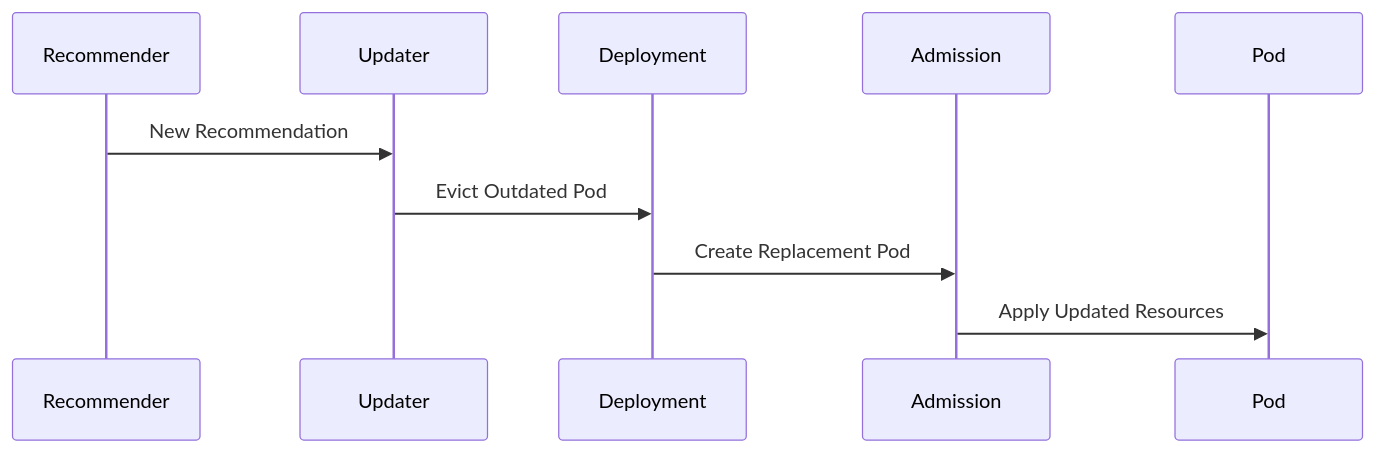
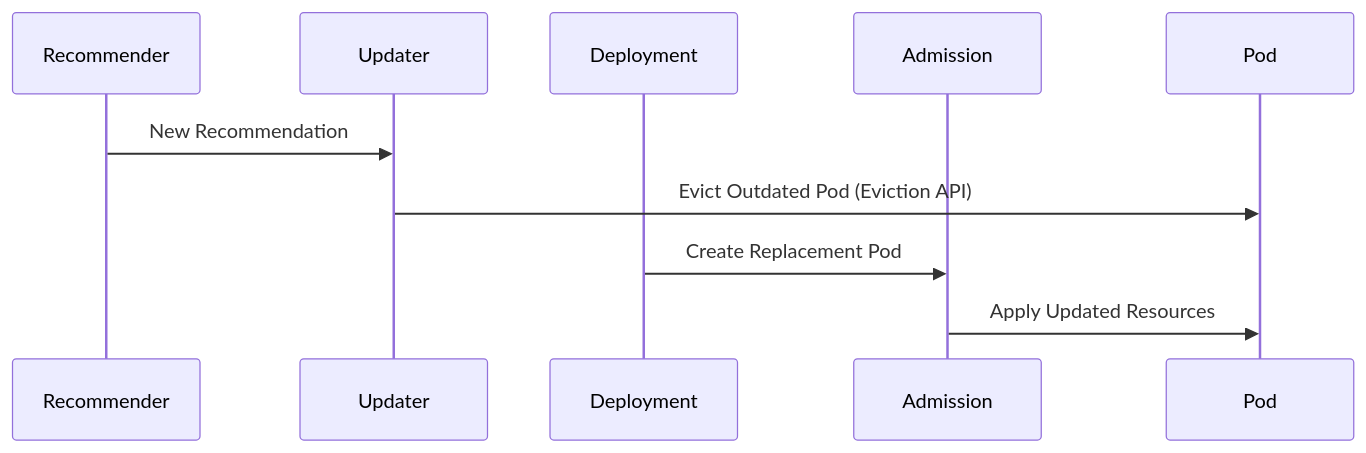
Before and after one commit to user-cube/k8s-autoscaling: the second of 2 diagrams in content/03 - Vertical Pod Autoscaler/04 - VPA Updater.md, drawn with Mermaid. The commit also changed other lines of this file and 18 other files, not shown here.

````diff
--- a/content/03 - Vertical Pod Autoscaler/04 - VPA Updater.md
+++ b/content/03 - Vertical Pod Autoscaler/04 - VPA Updater.md
@@ -81,14 +81,14 @@
 ```mermaid
 sequenceDiagram
 
 participant Recommender
 participant Updater
 participant Deployment
 participant Admission
 participant Pod
 
 Recommender->>Updater: New Recommendation
-Updater->>Deployment: Evict Outdated Pod
+Updater->>Pod: Evict Outdated Pod (Eviction API)
 Deployment->>Admission: Create Replacement Pod
 Admission->>Pod: Apply Updated Resources
 ```
````
